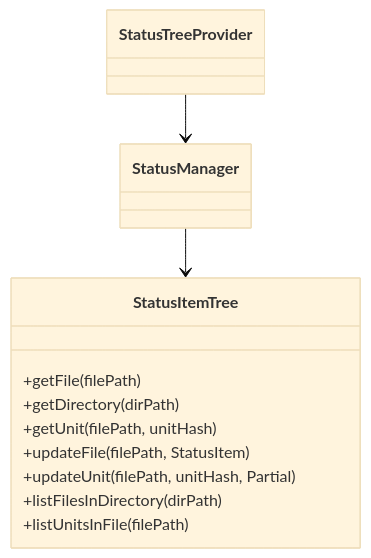
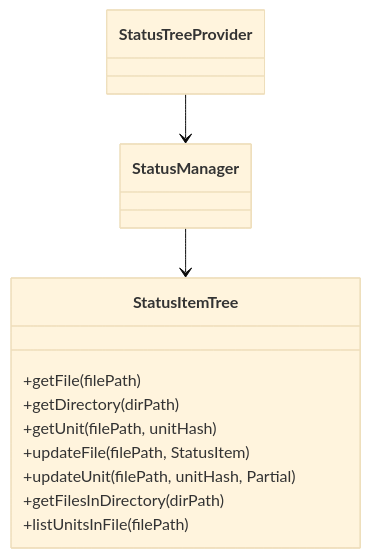
The diagram in tasks/do/250803_StatusItemコレクション構造リファクタリング.md (mochimochiki/mdait), drawn with Mermaid (base theme) before and after one commit. The commit also changed other lines of this file and 7 other files, not shown here.

````diff
--- a/tasks/do/250803_StatusItemコレクション構造リファクタリング.md
+++ b/tasks/do/250803_StatusItemコレクション構造リファクタリング.md
@@ -12,14 +12,14 @@
 ```mermaid
 classDiagram
     class StatusItemTree {
         +getFile(filePath)
         +getDirectory(dirPath)
         +getUnit(filePath, unitHash)
         +updateFile(filePath, StatusItem)
         +updateUnit(filePath, unitHash, Partial<StatusItem>)
-        +listFilesInDirectory(dirPath)
+        +getFilesInDirectory(dirPath)
         +listUnitsInFile(filePath)
     }
     StatusManager --> StatusItemTree
     StatusTreeProvider --> StatusManager
 ```
````
